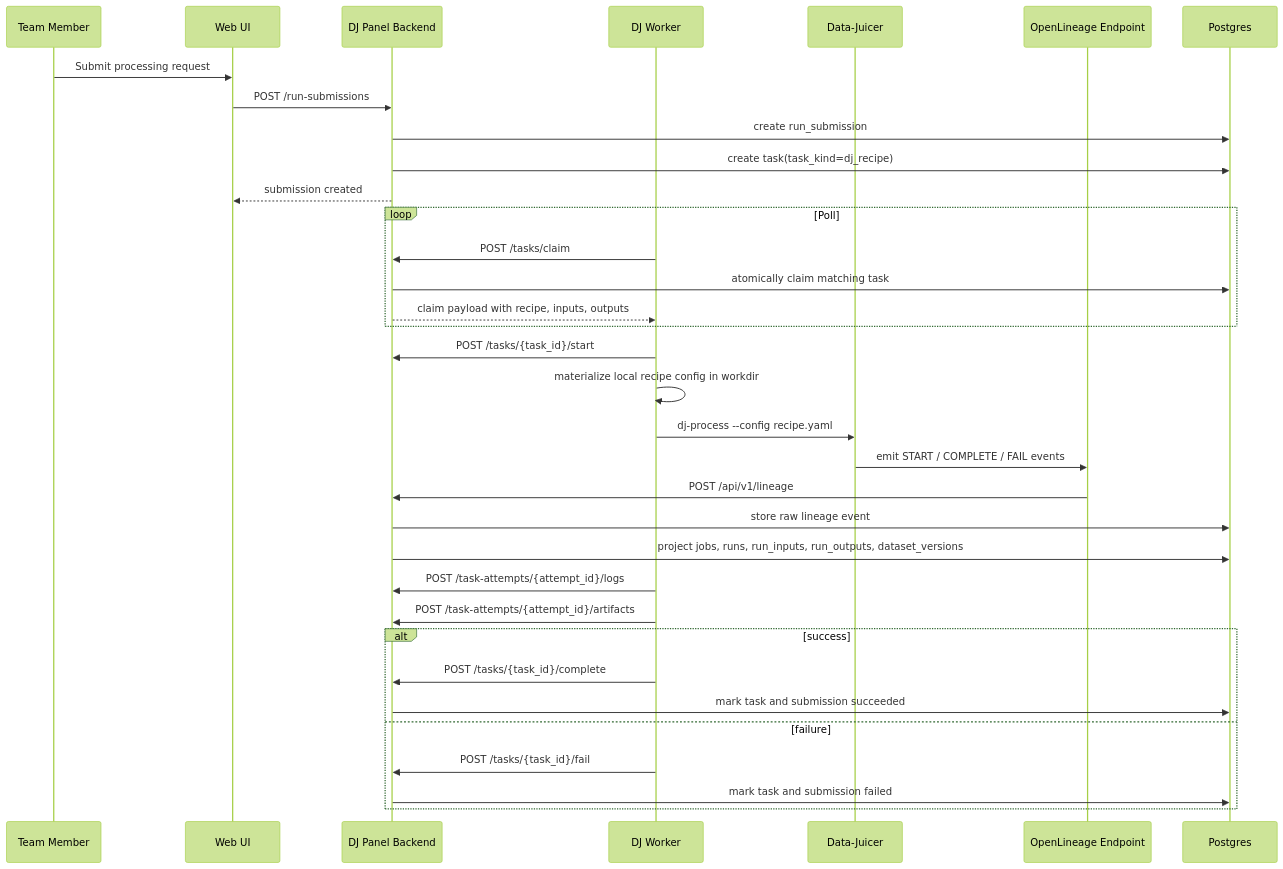
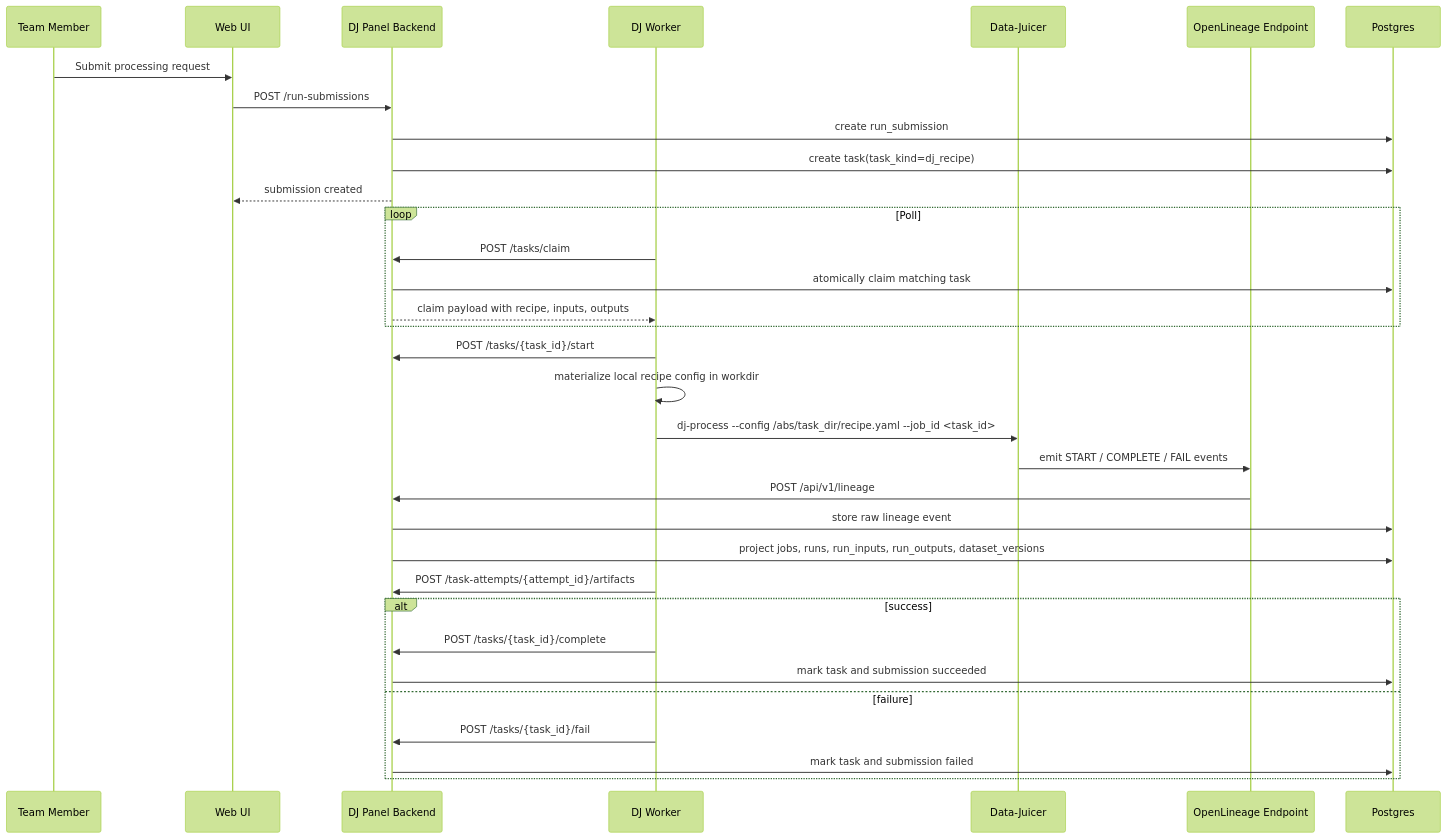
The diagram in docs/DJ_WORKER_PAYLOAD_AND_SEQUENCE.md (Dludora/DJ-Panel), drawn with Mermaid (forest theme) before and after one commit. The commit also changed other lines of this file and 123 other files, not shown here.

````diff
--- a/docs/DJ_WORKER_PAYLOAD_AND_SEQUENCE.md
+++ b/docs/DJ_WORKER_PAYLOAD_AND_SEQUENCE.md
@@ -170,41 +185,40 @@
 ```mermaid
 sequenceDiagram
     participant User as Team Member
     participant UI as Web UI
     participant Master as DJ Panel Backend
     participant Worker as DJ Worker
     participant DJ as Data-Juicer
     participant OL as OpenLineage Endpoint
     participant DB as Postgres
 
     User->>UI: Submit processing request
     UI->>Master: POST /run-submissions
     Master->>DB: create run_submission
     Master->>DB: create task(task_kind=dj_recipe)
     Master-->>UI: submission created
 
     loop Poll
         Worker->>Master: POST /tasks/claim
         Master->>DB: atomically claim matching task
         Master-->>Worker: claim payload with recipe, inputs, outputs
     end
 
     Worker->>Master: POST /tasks/{task_id}/start
     Worker->>Worker: materialize local recipe config in workdir
-    Worker->>DJ: dj-process --config recipe.yaml
+    Worker->>DJ: dj-process --config /abs/task_dir/recipe.yaml --job_id <task_id>
     DJ->>OL: emit START / COMPLETE / FAIL events
     OL->>Master: POST /api/v1/lineage
     Master->>DB: store raw lineage event
     Master->>DB: project jobs, runs, run_inputs, run_outputs, dataset_versions
 
-    Worker->>Master: POST /task-attempts/{attempt_id}/logs
     Worker->>Master: POST /task-attempts/{attempt_id}/artifacts
 
     alt success
         Worker->>Master: POST /tasks/{task_id}/complete
         Master->>DB: mark task and submission succeeded
     else failure
         Worker->>Master: POST /tasks/{task_id}/fail
         Master->>DB: mark task and submission failed
     end
 ```
````
